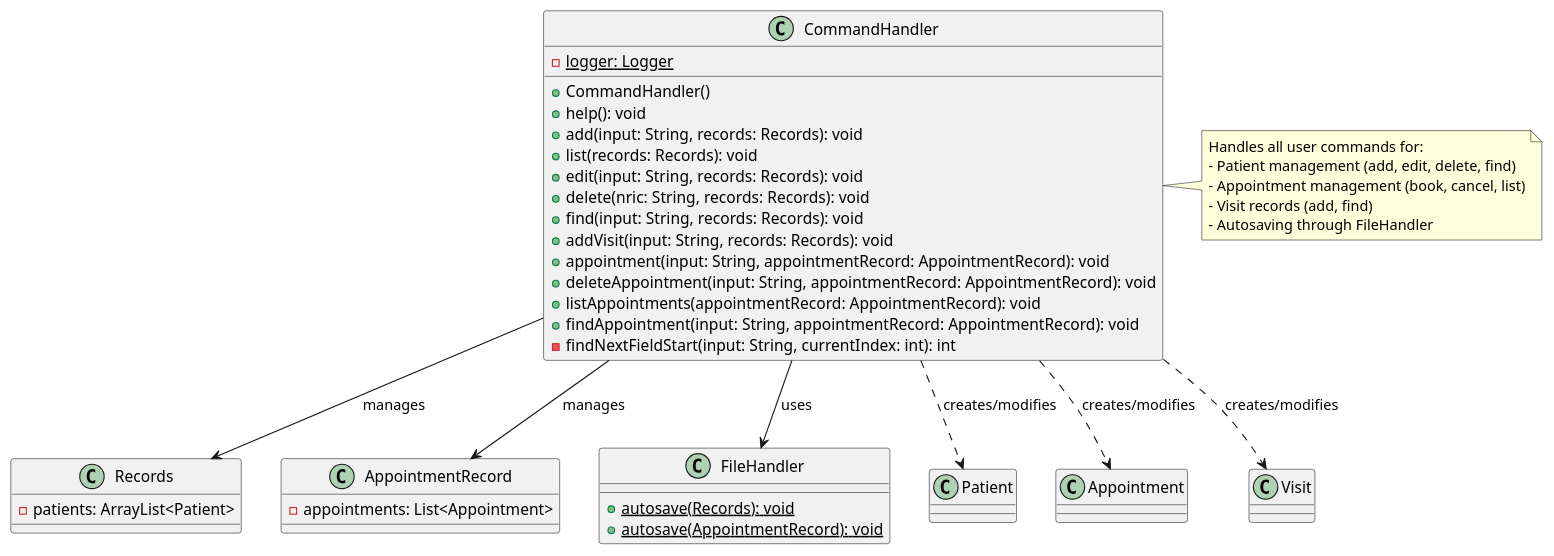
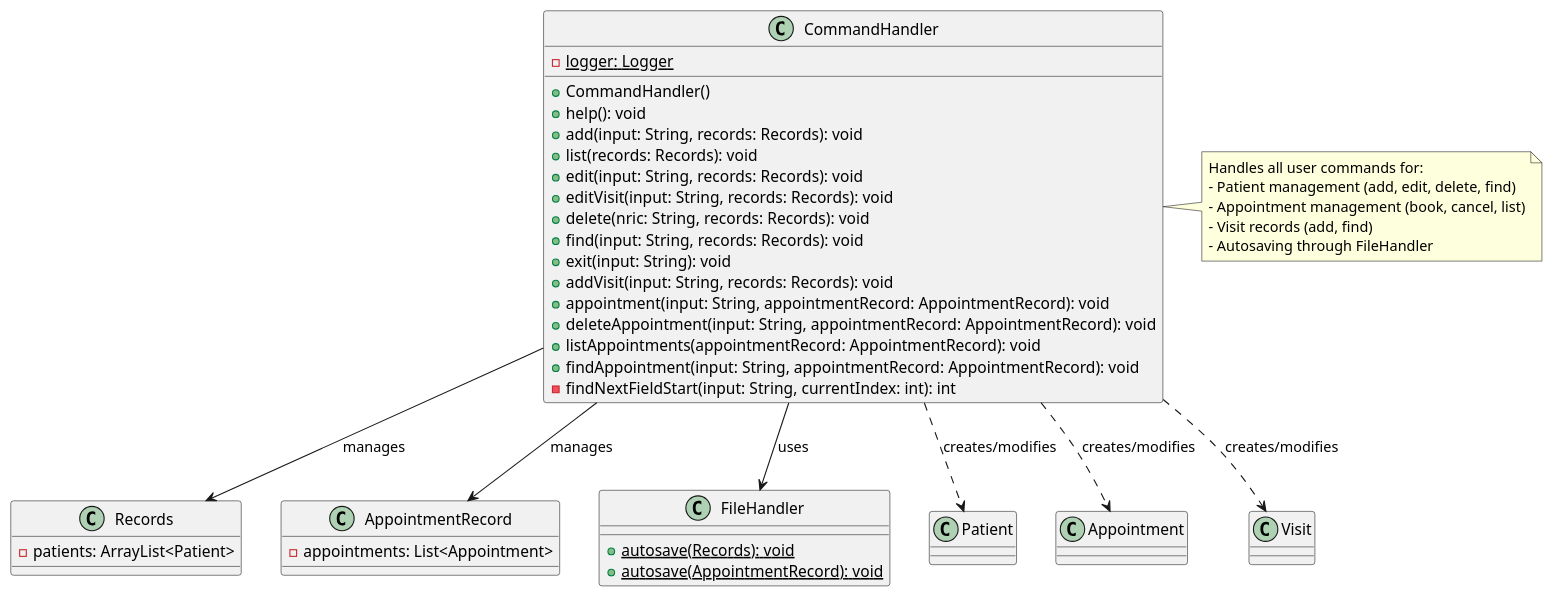
The diagram in docs/CommandHandler.puml (kaboomzxc/tp), drawn with PlantUML before and after one commit.

Commit message:
Update commands inside Commandhandler class

```diff
--- a/docs/CommandHandler.puml
+++ b/docs/CommandHandler.puml
@@ -1,49 +1,51 @@
 @startuml
 'https://plantuml.com/class-diagram
 
 class CommandHandler {
     -{static} logger: Logger
     +CommandHandler()
     +help(): void
     +add(input: String, records: Records): void
     +list(records: Records): void
     +edit(input: String, records: Records): void
+    +editVisit(input: String, records: Records): void
     +delete(nric: String, records: Records): void
     +find(input: String, records: Records): void
+    +exit(input: String): void
     +addVisit(input: String, records: Records): void
     +appointment(input: String, appointmentRecord: AppointmentRecord): void
     +deleteAppointment(input: String, appointmentRecord: AppointmentRecord): void
     +listAppointments(appointmentRecord: AppointmentRecord): void
     +findAppointment(input: String, appointmentRecord: AppointmentRecord): void
     -findNextFieldStart(input: String, currentIndex: int): int
 }
 
 class Records {
     -patients: ArrayList<Patient>
 }
 
 class AppointmentRecord {
     -appointments: List<Appointment>
 }
 
 class FileHandler {
     +{static} autosave(Records): void
     +{static} autosave(AppointmentRecord): void
 }
 
 CommandHandler --> Records: manages
 CommandHandler --> AppointmentRecord: manages
 CommandHandler --> FileHandler: uses
 CommandHandler ..> Patient: creates/modifies
 CommandHandler ..> Appointment: creates/modifies
 CommandHandler ..> Visit: creates/modifies
 
 note right of CommandHandler
   Handles all user commands for:
   - Patient management (add, edit, delete, find)
   - Appointment management (book, cancel, list)
   - Visit records (add, find)
   - Autosaving through FileHandler
 end note
 
 @enduml
```
